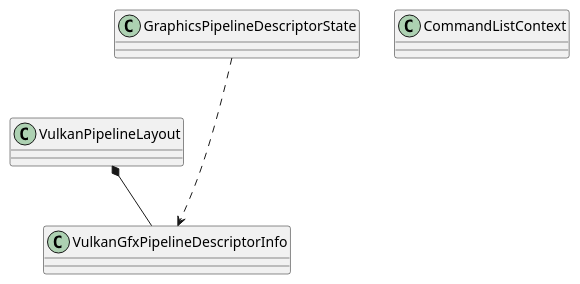
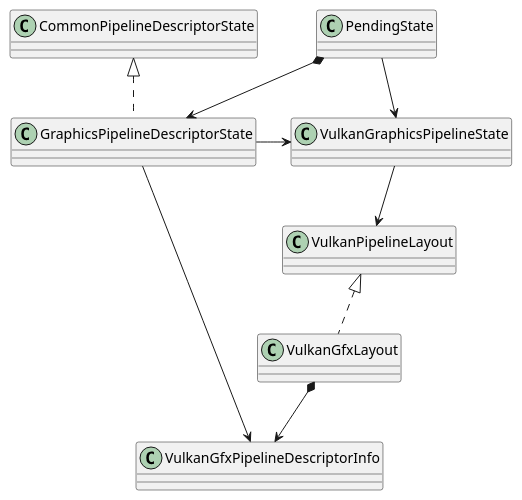
Before and after one commit to yinxirun/Ray-Tracing: the first of 2 diagrams in diagram.plantuml, drawn with PlantUML. The commit also changed other lines of this file and 30 other files, not shown here.

Commit message:
want to remove DescriptorSetRemappingInfo

```diff
--- a/diagram.plantuml
+++ b/diagram.plantuml
@@ -1,11 +15,23 @@
 @startuml dsf
 
 class VulkanPipelineLayout
 class VulkanGfxPipelineDescriptorInfo
+class VulkanGraphicsPipelineState
 class GraphicsPipelineDescriptorState
-class CommandListContext
+class CommonPipelineDescriptorState
+class PendingState
 
-GraphicsPipelineDescriptorState --.> VulkanGfxPipelineDescriptorInfo
-VulkanPipelineLayout *-- VulkanGfxPipelineDescriptorInfo
+class VulkanGfxLayout
+
+VulkanGfxLayout *--> VulkanGfxPipelineDescriptorInfo
+PendingState *--> GraphicsPipelineDescriptorState
+PendingState --> VulkanGraphicsPipelineState
+VulkanGraphicsPipelineState --> VulkanPipelineLayout
+GraphicsPipelineDescriptorState -> VulkanGraphicsPipelineState
+
+VulkanPipelineLayout <|.. VulkanGfxLayout
+CommonPipelineDescriptorState <|.. GraphicsPipelineDescriptorState
+
+GraphicsPipelineDescriptorState --> VulkanGfxPipelineDescriptorInfo
 
 @enduml
```
